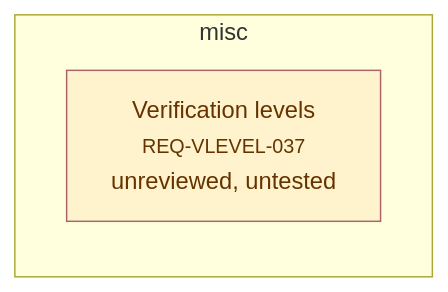
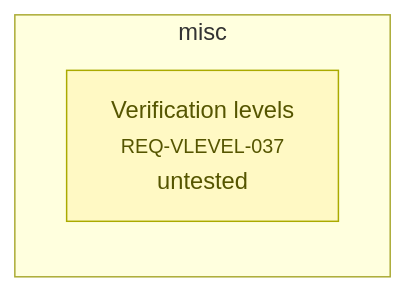
One commit to alxmax/Requirement-manager changed the fourth of 4 diagrams in plugin/requirements/_map.md. Above: the diagram before and after it, drawn with Mermaid. The commit also changed other lines of this file and 6 other files, not shown here.

First line of the commit message:
docs(requirements): describe verification levels and narrow the need exemption

````diff
--- a/plugin/requirements/_map.md
+++ b/plugin/requirements/_map.md
@@ -312,7 +312,7 @@
 ```mermaid
 graph LR
   subgraph sg_misc["misc"]
-    REQ_VLEVEL_037["Verification levels<br><small>REQ-VLEVEL-037</small><br>unreviewed, untested"]
+    REQ_VLEVEL_037["Verification levels<br><small>REQ-VLEVEL-037</small><br>untested"]
   end
-  style REQ_VLEVEL_037 fill:#fff3cd,stroke:#a66,color:#630
+  style REQ_VLEVEL_037 fill:#fff9c4,stroke:#aa0,color:#550
 ```
````
